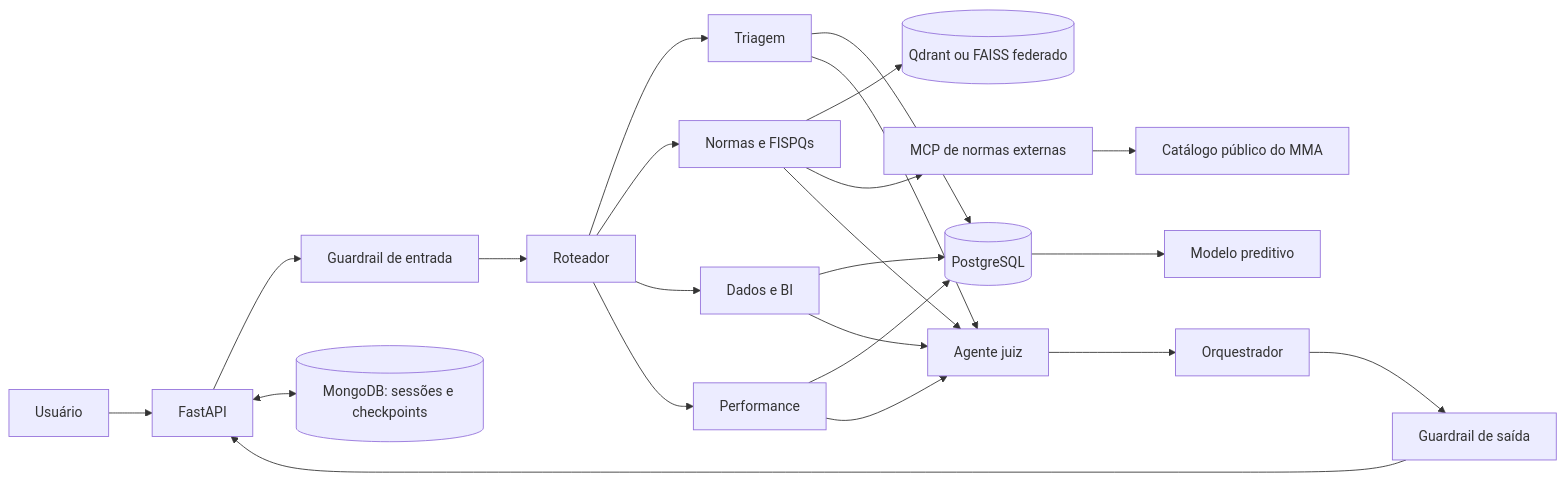
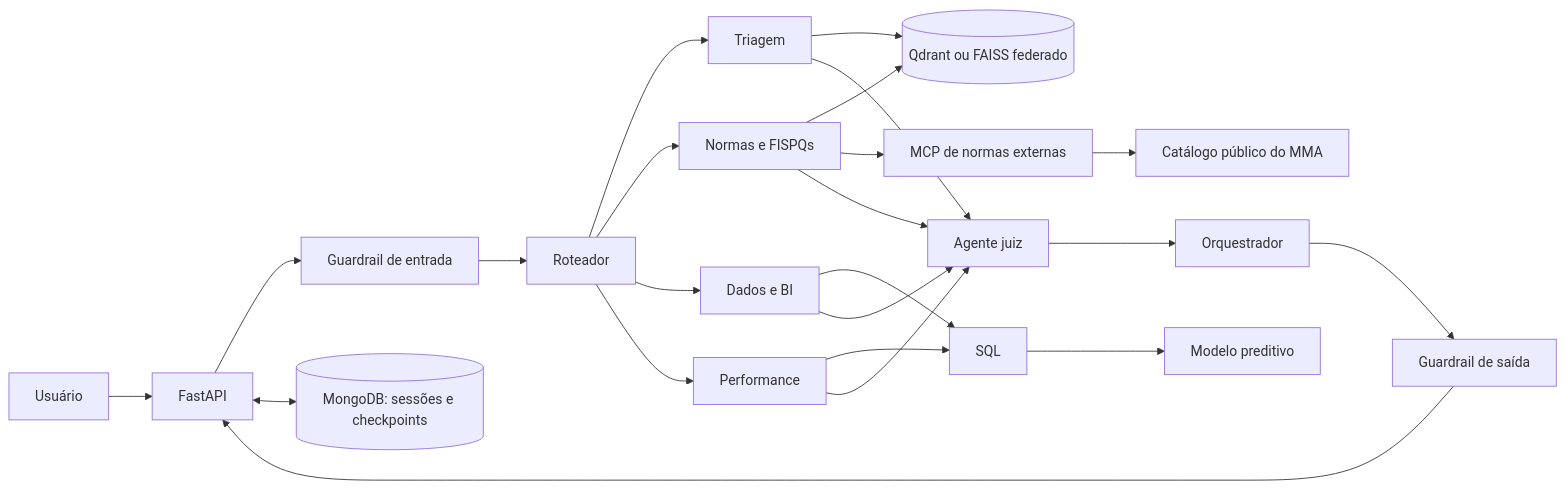
The diagram in README.md (app-volta/volta-chatbot), drawn with Mermaid before and after one commit. The commit also changed other lines of this file and 33 other files, not shown here.

```diff
--- a/README.md
+++ b/README.md
@@ -23,25 +23,25 @@
 ~~~mermaid
 flowchart LR
     U[Usuário] --> API[FastAPI]
     API --> GI[Guardrail de entrada]
     GI --> R[Roteador]
     R --> T[Triagem]
     R --> N[Normas e FISPQs]
     R --> D[Dados e BI]
     R --> P[Performance]
-    T --> SQL[(PostgreSQL)]
+    T --> RAG[(Qdrant ou FAISS federado)]
     D --> SQL
     P --> SQL
     SQL --> PR[Modelo preditivo]
     N --> RAG[(Qdrant ou FAISS federado)]
     N --> MCP[MCP de normas externas]
     MCP --> MMA[Catálogo público do MMA]
     T --> J[Agente juiz]
     N --> J
     D --> J
     P --> J
     J --> O[Orquestrador]
     O --> GO[Guardrail de saída]
     GO --> API
     API <--> M[(MongoDB: sessões e checkpoints)]
 ~~~
```
